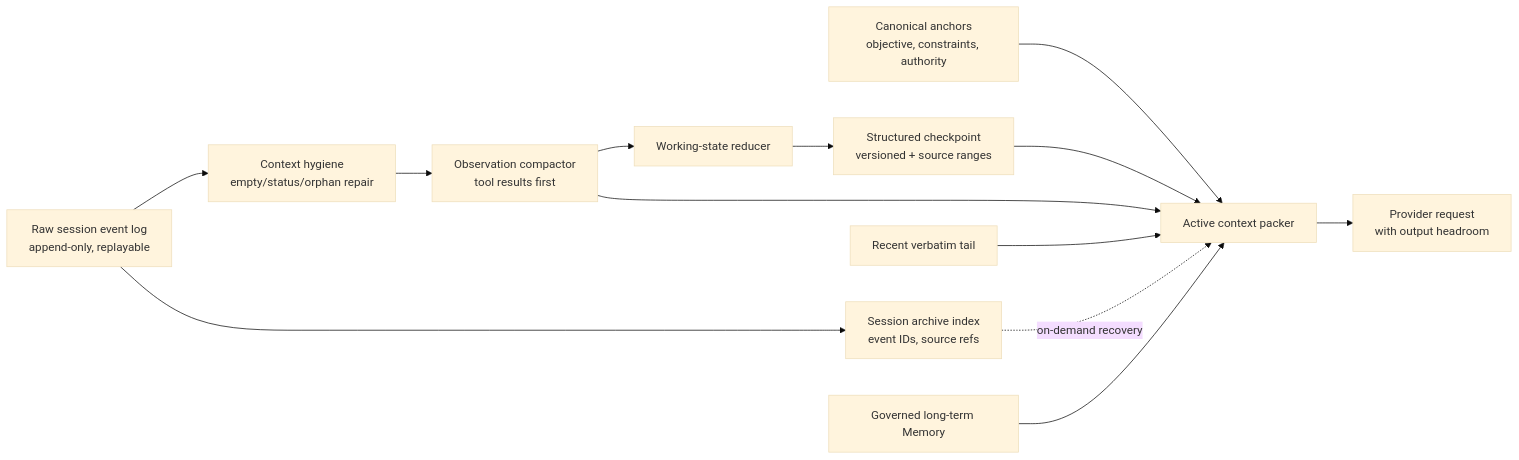
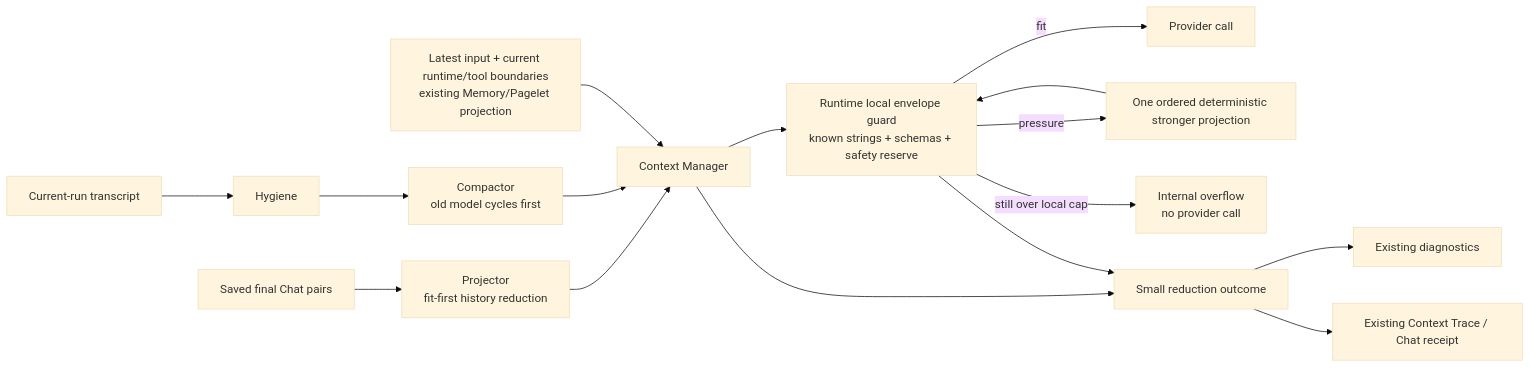
The second of 2 diagrams in docs/development/discovery/pa-agent-context-management-research.md (edonyzpc/personal-assistant), drawn with Mermaid (base theme) before and after one commit. The commit also changed other lines of this file and 2 other files, not shown here.

First line of the commit message:
docs(agent): align context proposal with PA runtime

````diff
--- a/docs/development/discovery/pa-agent-context-management-research.md
+++ b/docs/development/discovery/pa-agent-context-management-research.md
@@ -713,15 +837,18 @@
 ```mermaid
 flowchart LR
-  A["Raw session event log\nappend-only, replayable"] --> B["Session archive index\nevent IDs, source refs"]
-  A --> C["Context hygiene\nempty/status/orphan repair"]
-  C --> D["Observation compactor\ntool results first"]
-  D --> E["Working-state reducer"]
-  E --> F["Structured checkpoint\nversioned + source ranges"]
-  G["Canonical anchors\nobjective, constraints, authority"] --> H["Active context packer"]
-  F --> H
-  D --> H
-  I["Recent verbatim tail"] --> H
-  B -. "on-demand recovery" .-> H
-  J["Governed long-term Memory"] --> H
-  H --> K["Provider request\nwith output headroom"]
+  A["Saved final Chat pairs"] --> B["Projector\nfit-first history reduction"]
+  C["Current-run transcript"] --> D["Hygiene"]
+  D --> E["Compactor\nold model cycles first"]
+  B --> F["Context Manager"]
+  E --> F
+  G["Latest input + current runtime/tool boundaries\nexisting Memory/Pagelet projection"] --> F
+  F --> H["Runtime local envelope guard\nknown strings + schemas + safety reserve"]
+  H -->|fit| I["Provider call"]
+  H -->|pressure| J["One ordered deterministic stronger projection"]
+  J --> H
+  H -->|still over local cap| K["Internal overflow\nno provider call"]
+  F --> L["Small reduction outcome"]
+  H --> L
+  L --> M["Existing diagnostics"]
+  L --> N["Existing Context Trace / Chat receipt"]
 ```
````
